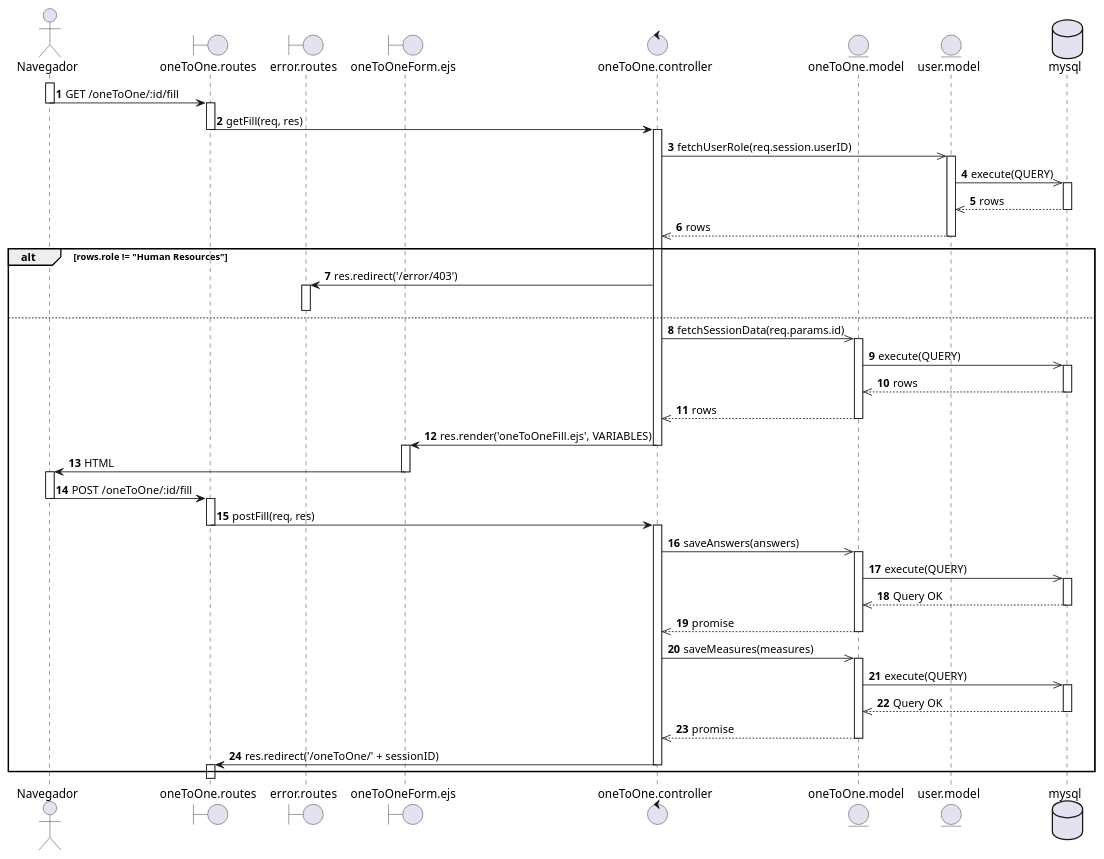
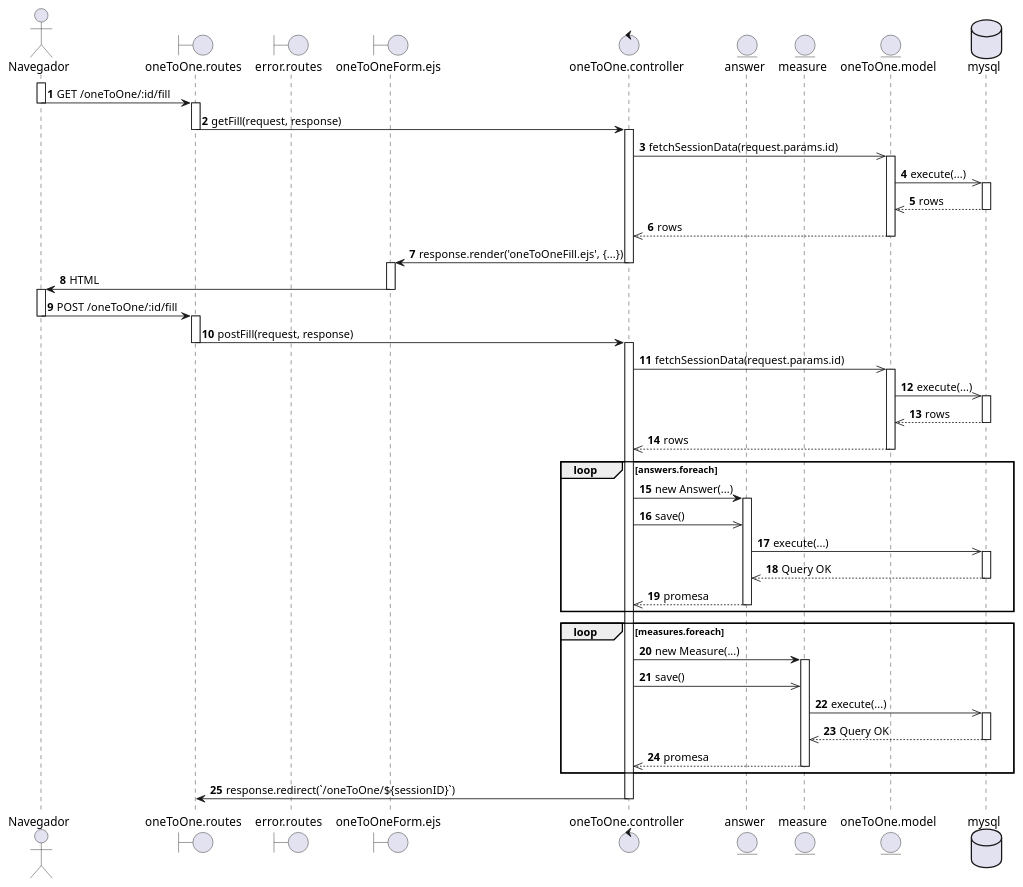
The diagram in diagrams/Casos de Uso/mundo req fun/Diagramas secuencia/CU34.puml (EdCanCe/WorkCells), drawn with PlantUML before and after one commit. The commit also changed 1 other file, not shown here.

Commit message:
Update: Cambio en diagrama CU34

```diff
--- a/diagrams/Casos de Uso/mundo req fun/Diagramas secuencia/CU34.puml
+++ b/diagrams/Casos de Uso/mundo req fun/Diagramas secuencia/CU34.puml
@@ -1,90 +1,87 @@
 @startuml
 actor Navegador
-boundary oneToOne.routes
-boundary error.routes
-boundary oneToOneForm.ejs
-control oneToOne.controller
-entity oneToOne.model
-entity user.model
-database mysql
+boundary "oneToOne.routes" as Routes
+boundary "error.routes" as Error
+boundary "oneToOneForm.ejs" as Ejs
+control "oneToOne.controller" as Controller
+entity "answer" as Answer
+entity "measure" as Measure
+entity "oneToOne.model" as Model
+database "mysql" as MySQL
 
 autonumber
 
 activate Navegador
-Navegador -> oneToOne.routes : GET /oneToOne/:id/fill
+Navegador -> Routes  : GET /oneToOne/:id/fill
 deactivate Navegador
 
-activate oneToOne.routes
-oneToOne.routes -> oneToOne.controller : getFill(req, res)
-deactivate oneToOne.routes
+activate Routes 
+Routes  -> Controller : getFill(request, response)
+deactivate Routes 
 
-activate oneToOne.controller
+activate Controller
 
-oneToOne.controller ->> user.model : fetchUserRole(req.session.userID)
-activate user.model
-    user.model ->> mysql : execute(QUERY)
-    activate mysql
-        mysql -->> user.model : rows
-    deactivate mysql
-    user.model -->> oneToOne.controller : rows
-deactivate user.model
+Controller ->> Model : fetchSessionData(request.params.id)
+activate Model
+Model ->> MySQL : execute(...)
+activate MySQL
+MySQL -->> Model : rows
+deactivate MySQL
+Model -->> Controller : rows
 
-alt rows.role != "Human Resources"
-    oneToOne.controller -> error.routes : res.redirect('/error/403')
-    activate error.routes
-    deactivate error.routes
-else
+deactivate Model
 
-oneToOne.controller ->> oneToOne.model : fetchSessionData(req.params.id)
-activate oneToOne.model
-    oneToOne.model ->> mysql : execute(QUERY)
-    activate mysql
-        mysql -->> oneToOne.model : rows
-    deactivate mysql
-    oneToOne.model -->> oneToOne.controller : rows
-deactivate oneToOne.model
+Controller -> Ejs : response.render('oneToOneFill.ejs', {...})
+deactivate Controller
 
-oneToOne.controller -> oneToOneForm.ejs : res.render('oneToOneFill.ejs', VARIABLES)
-deactivate oneToOne.controller
-
-activate oneToOneForm.ejs
-oneToOneForm.ejs -> Navegador : HTML
-deactivate oneToOneForm.ejs
+activate Ejs
+Ejs -> Navegador : HTML
+deactivate Ejs
 
 activate Navegador
-Navegador -> oneToOne.routes : POST /oneToOne/:id/fill
+Navegador -> Routes  : POST /oneToOne/:id/fill
 deactivate Navegador
 
-activate oneToOne.routes
-oneToOne.routes -> oneToOne.controller : postFill(req, res)
-deactivate oneToOne.routes
+activate Routes 
+Routes  -> Controller : postFill(request, response)
+deactivate Routes 
 
-activate oneToOne.controller
+activate Controller
 
-    oneToOne.controller ->> oneToOne.model : saveAnswers(answers)
-    activate oneToOne.model
-        oneToOne.model ->> mysql : execute(QUERY)
-        activate mysql
-            mysql -->> oneToOne.model : Query OK
-        deactivate mysql
-        oneToOne.model -->> oneToOne.controller : promise
-    deactivate oneToOne.model
+Controller ->> Model : fetchSessionData(request.params.id)
+activate Model
+Model ->> MySQL : execute(...)
+activate MySQL
+MySQL -->> Model : rows
+deactivate MySQL
+Model -->> Controller : rows
+deactivate Model
 
-    oneToOne.controller ->> oneToOne.model : saveMeasures(measures)
-    activate oneToOne.model
-        oneToOne.model ->> mysql : execute(QUERY)
-        activate mysql
-            mysql -->> oneToOne.model : Query OK
-        deactivate mysql
-        oneToOne.model -->> oneToOne.controller : promise
-    deactivate oneToOne.model
-
-oneToOne.controller -> oneToOne.routes : res.redirect('/oneToOne/' + sessionID)
-deactivate oneToOne.controller
-
-activate oneToOne.routes
-deactivate oneToOne.routes
-
+loop answers.foreach
+    Controller -> Answer : new Answer(...)
+    activate Answer
+    Controller ->> Answer : save()
+    Answer ->> MySQL : execute(...)
+    activate MySQL
+    MySQL -->> Answer : Query OK
+    deactivate MySQL
+    Answer -->> Controller : promesa
+    deactivate Answer
 end
 
+loop measures.foreach
+    Controller -> Measure : new Measure(...)
+    activate Measure
+    Controller ->> Measure : save()
+    Measure ->> MySQL : execute(...)
+    activate MySQL
+    MySQL -->> Measure : Query OK
+    deactivate MySQL
+    Measure -->> Controller : promesa
+    deactivate Measure
+end
+
+Controller -> Routes  : response.redirect(`/oneToOne/${sessionID}`)
+deactivate Controller
+
 @enduml
```
